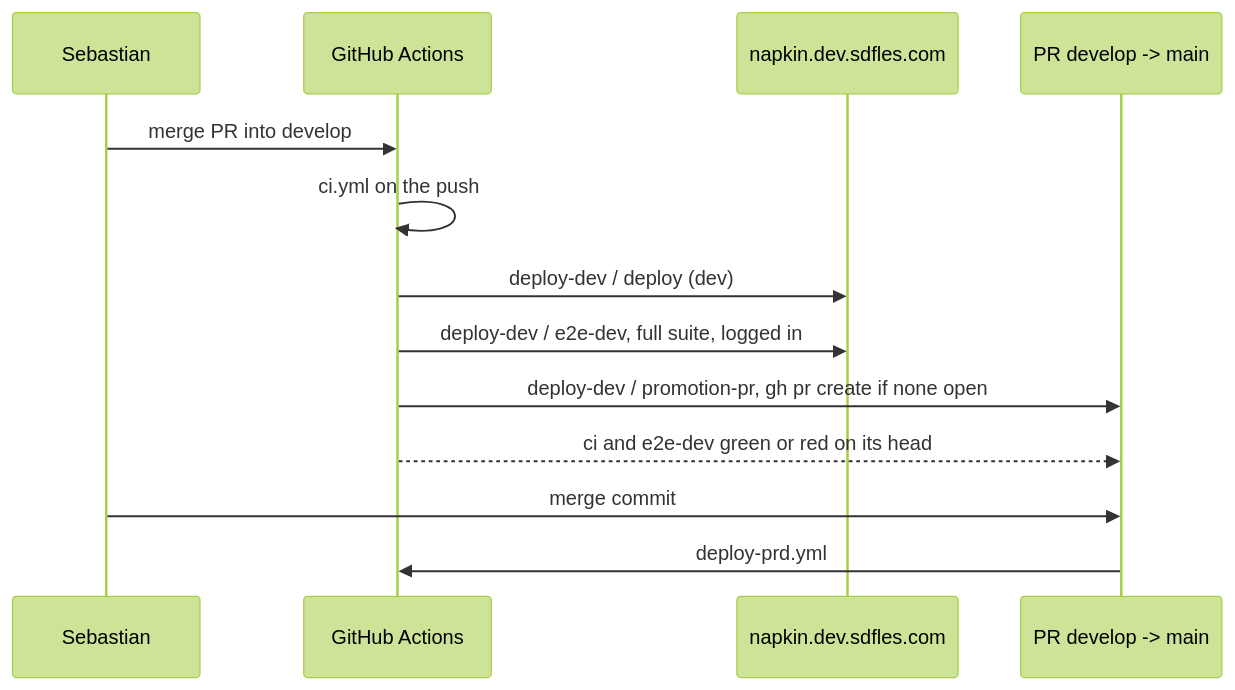
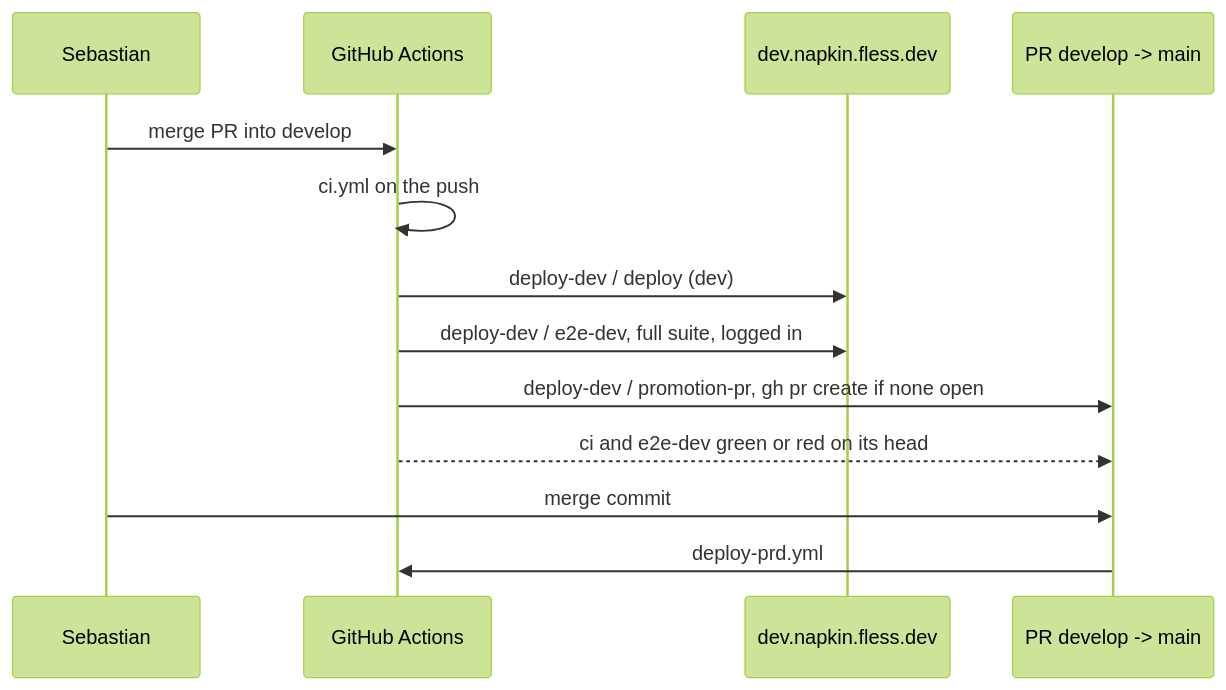
The first of 2 diagrams in docs/modules/deploy/flows.md (sebasfles/my-napkin), drawn with Mermaid (forest theme) before and after one commit. The commit also changed other lines of this file and 18 other files, not shown here.

````diff
--- a/docs/modules/deploy/flows.md
+++ b/docs/modules/deploy/flows.md
@@ -16,16 +16,16 @@
 ```mermaid
 sequenceDiagram
   participant S as Sebastian
   participant GH as GitHub Actions
-  participant DEV as napkin.dev.sdfles.com
+  participant DEV as dev.napkin.fless.dev
   participant PR as PR develop -> main
 
   S->>GH: merge PR into develop
   GH->>GH: ci.yml on the push
   GH->>DEV: deploy-dev / deploy (dev)
   GH->>DEV: deploy-dev / e2e-dev, full suite, logged in
   GH->>PR: deploy-dev / promotion-pr, gh pr create if none open
   GH-->>PR: ci and e2e-dev green or red on its head
   S->>PR: merge commit
   PR->>GH: deploy-prd.yml
 ```
````
